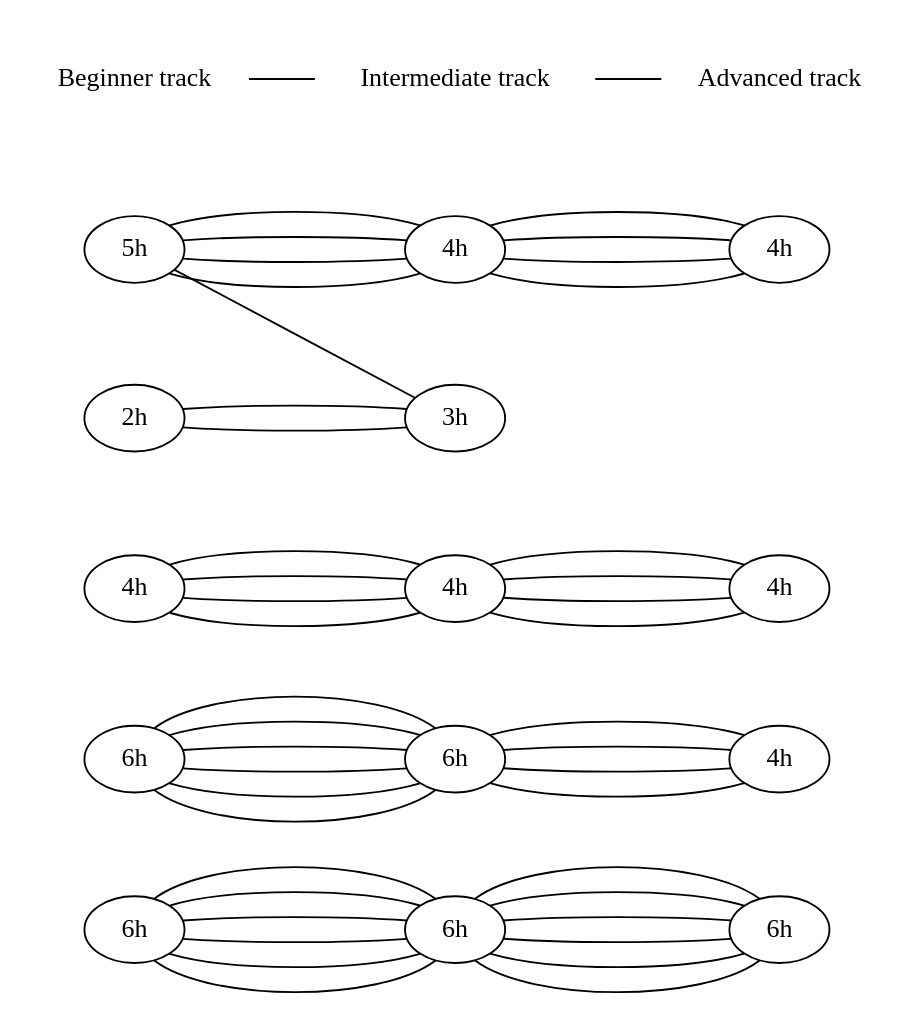
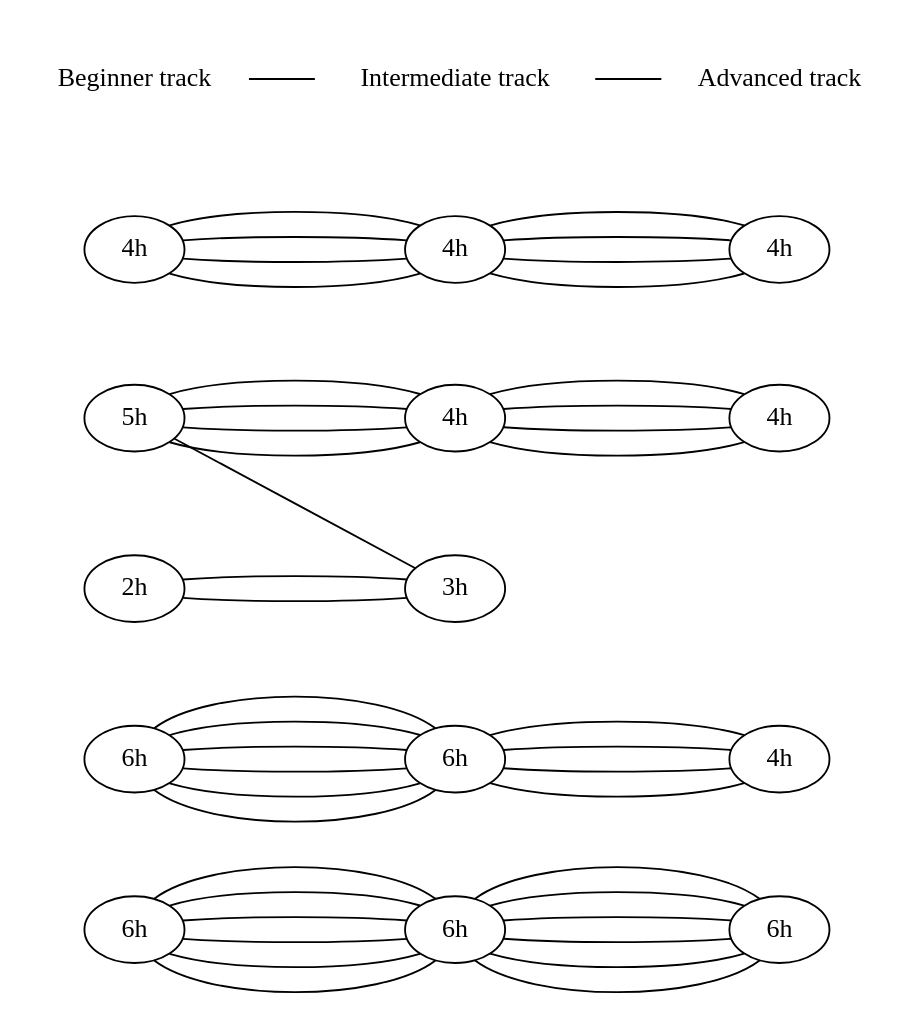
Before and after one commit to leonschoorl/monadic-party: the diagram in alt-schedule.gv, drawn with Graphviz. The commit also changed 1 other file, not shown here.

```diff
--- a/alt-schedule.gv
+++ b/alt-schedule.gv
@@ -1,85 +1,86 @@
 graph scheduleClashes {
 
 rankdir="LR";
 ratio=1.1
 
-b6a -- i6a -- a6;
-b6a -- i6a -- a6;
-b6a -- i6a -- a6;
+// Tuesday
 b6a -- i6a -- a6;
 b6a -- i6a -- a6;
 b6a -- i6a -- a6;
 
-b6b -- i6b;
-b6b -- i6b;
-b6b -- i6b;
-b6b -- i6b;
-b6b -- i6b;
+b6b -- i6b -- a4a;
+b6b -- i6b -- a4a;
 b6b -- i6b;
 
-       i6b -- a4a;
-       i6b -- a4a;
-       i6b -- a4a;
-       i6b -- a4a;
+// Wednesday
+b6a -- i6a -- a6;
+b6a -- i6a -- a6;
+b6a -- i6a -- a6;
 
+b5  -- i4b -- a4c;
+b5  -- i4b -- a4c;
+b2  -- i3;
+
+// Thursday
+b2  -- i3;
+b4  -- i4a -- a4b;
+b4  -- i4a -- a4b;
+
+b6b -- i6b -- a4a;
+b6b -- i6b -- a4a;
+b6b -- i6b;
+
+
+// Friday
+b5  -- i3;
+b5  -- i4b -- a4c;
+b5  -- i4b -- a4c;
 
 b4  -- i4a -- a4b;
 b4  -- i4a -- a4b;
-b4  -- i4a -- a4b;
-b4  -- i4a -- a4b;
 
-b5  -- i4b;
-b5  -- i4b;
-b5  -- i4b;
-b5  -- i4b;
 
-       i4b -- a4c;
-       i4b -- a4c;
-       i4b -- a4c;
-       i4b -- a4c;
 
-b2  -- i3;
-b2  -- i3;
 
-b5  -- i3;
+
 
 
 node[shape=none];
 beginner -- intermediate -- advanced; //[label="scheduled concurrently with"];
 beginner[label="Beginner track"];
 intermediate[label="Intermediate track"];
 advanced[label="Advanced track"];
 
 // beginner track
 subgraph {
 	rank=same;
 	beginner;
 	b6a[label="6h"];
 	b6b[label="6h"];
 	b5[label="5h"];
 	b4[label="4h"];
 	b2[label="2h"];
 }
 
 // intermediate track
 subgraph {
 	rank=same;
 	intermediate;
 	i6a[label="6h"];
 	i6b[label="6h"];
 	i4a[label="4h"];
 	i4b[label="4h"];
 	i3[label="3h"];
 }
 
 // advanced track
 subgraph {
 	rank=same;
 	advanced;
 	a6[label="6h"];
 	a4a[label="4h"];
 	a4b[label="4h"];
   a4c[label="4h"];
 }
 
 }
```
